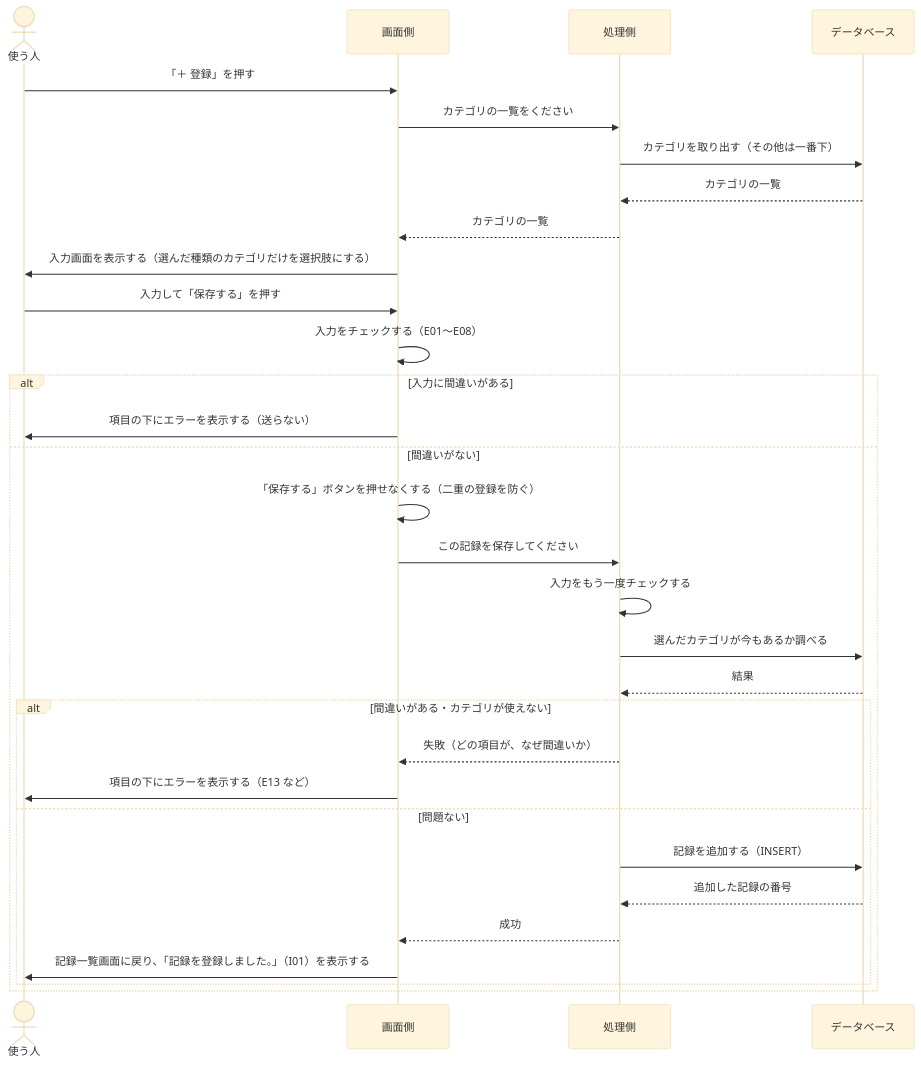
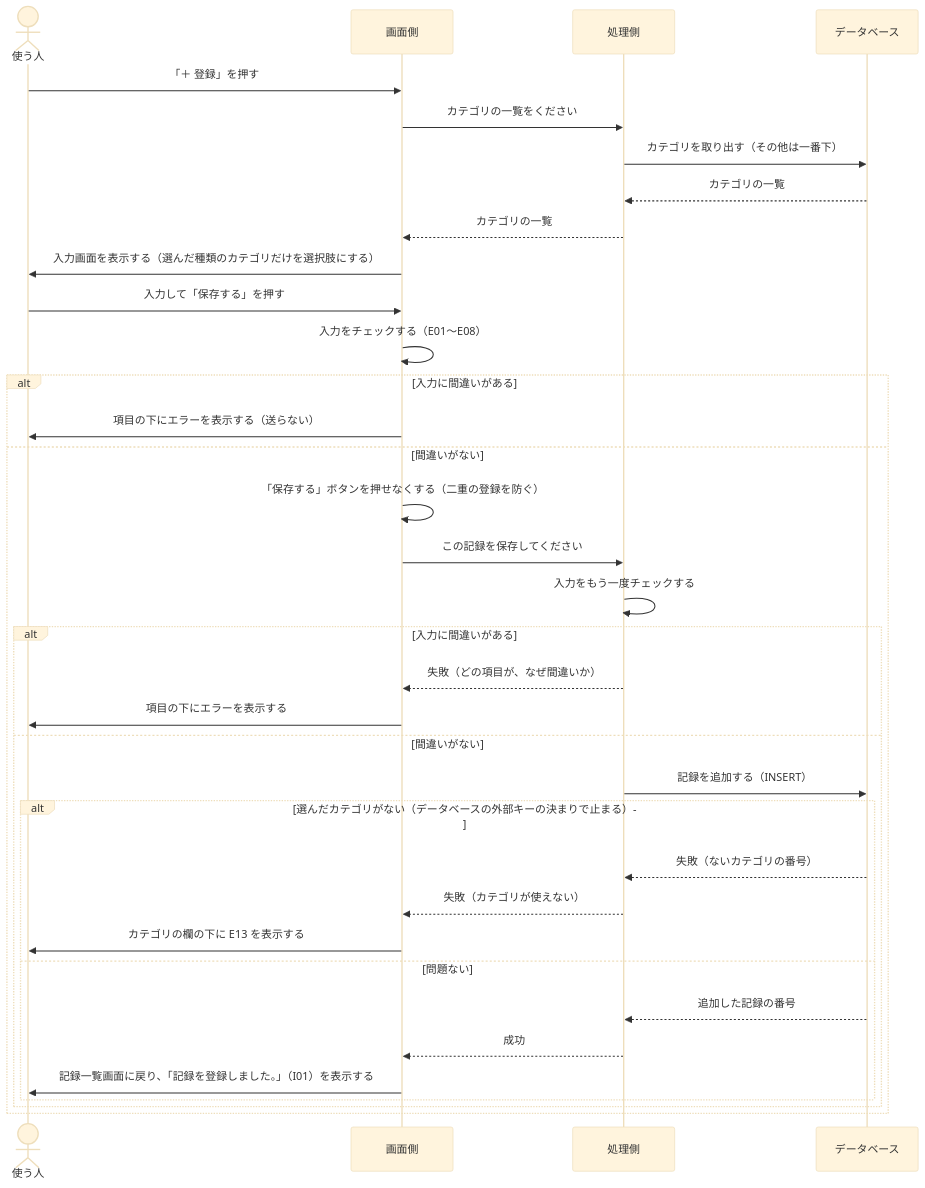
One commit to junji-sakamoto/kakeibo-app changed the third of 9 diagrams in docs/02_設計/05_データの流れ.md. Above: the diagram before and after it, drawn with Mermaid (base theme). The commit also changed other lines of this file and 8 other files, not shown here.

````diff
--- a/docs/02_設計/05_データの流れ.md
+++ b/docs/02_設計/05_データの流れ.md
@@ -68,35 +68,39 @@
 ```mermaid
 sequenceDiagram
     actor U as 使う人
     participant B as 画面側
     participant S as 処理側
     participant D as データベース
 
     U->>B: 「＋ 登録」を押す
     B->>S: カテゴリの一覧をください
     S->>D: カテゴリを取り出す（その他は一番下）
     D-->>S: カテゴリの一覧
     S-->>B: カテゴリの一覧
     B->>U: 入力画面を表示する（選んだ種類のカテゴリだけを選択肢にする）
 
     U->>B: 入力して「保存する」を押す
     B->>B: 入力をチェックする（E01〜E08）
     alt 入力に間違いがある
         B->>U: 項目の下にエラーを表示する（送らない）
     else 間違いがない
         B->>B: 「保存する」ボタンを押せなくする（二重の登録を防ぐ）
         B->>S: この記録を保存してください
         S->>S: 入力をもう一度チェックする
-        S->>D: 選んだカテゴリが今もあるか調べる
-        D-->>S: 結果
-        alt 間違いがある・カテゴリが使えない
+        alt 入力に間違いがある
             S-->>B: 失敗（どの項目が、なぜ間違いか）
-            B->>U: 項目の下にエラーを表示する（E13 など）
-        else 問題ない
+            B->>U: 項目の下にエラーを表示する
+        else 間違いがない
             S->>D: 記録を追加する（INSERT）
-            D-->>S: 追加した記録の番号
-            S-->>B: 成功
-            B->>U: 記録一覧画面に戻り、「記録を登録しました。」（I01）を表示する
+            alt 選んだカテゴリがない（データベースの外部キーの決まりで止まる）
+                D-->>S: 失敗（ないカテゴリの番号）
+                S-->>B: 失敗（カテゴリが使えない）
+                B->>U: カテゴリの欄の下に E13 を表示する
+            else 問題ない
+                D-->>S: 追加した記録の番号
+                S-->>B: 成功
+                B->>U: 記録一覧画面に戻り、「記録を登録しました。」（I01）を表示する
+            end
         end
     end
 ```
````
